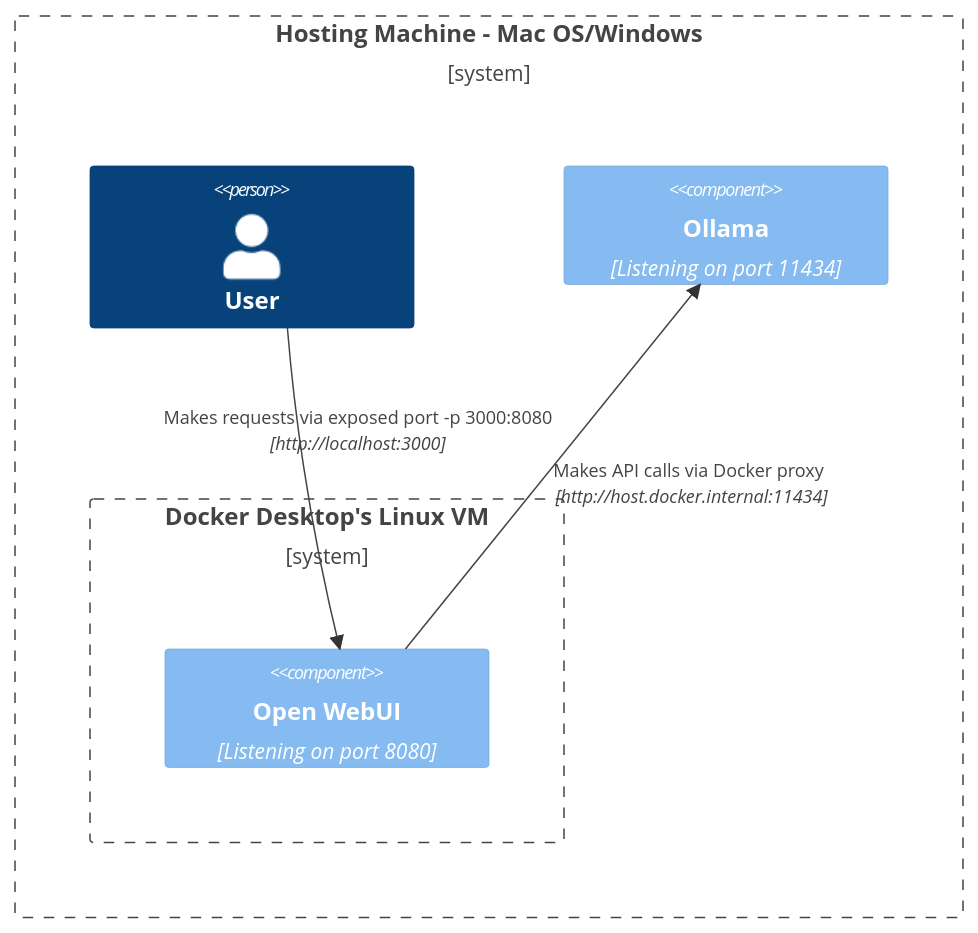
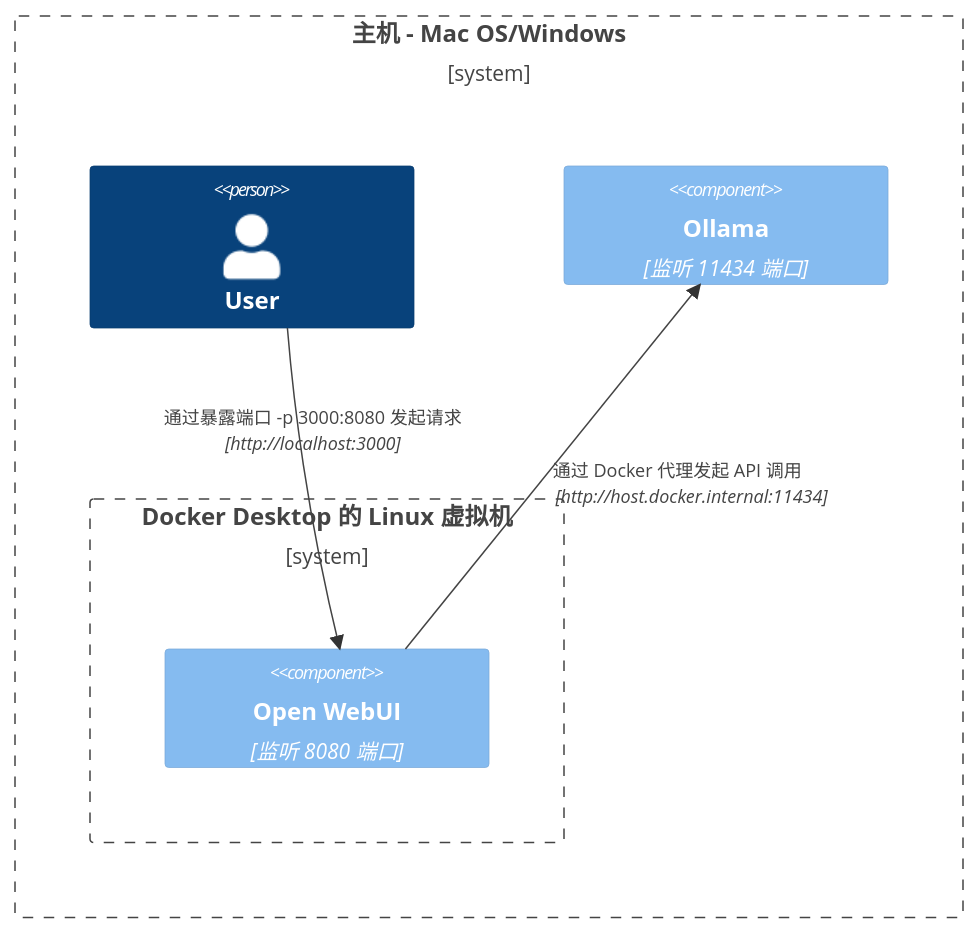
The first of 8 diagrams in docs/reference/network-diagrams.mdx (GamblerIX2/open-webui-docs), drawn with Mermaid before and after one commit. The commit also changed other lines of this file and 175 other files, not shown here.

````diff
--- a/docs/reference/network-diagrams.mdx
+++ b/docs/reference/network-diagrams.mdx
@@ -21,13 +21,13 @@
 ```mermaid
 C4Context
-Boundary(b0, "Hosting Machine - Mac OS/Windows") {
+Boundary(b0, "主机 - Mac OS/Windows") {
    Person(user, "User")
-   Boundary(b1, "Docker Desktop's Linux VM") {
-      Component(openwebui, "Open WebUI", "Listening on port 8080")
+   Boundary(b1, "Docker Desktop 的 Linux 虚拟机") {
+      Component(openwebui, "Open WebUI", "监听 8080 端口")
    }
-   Component(ollama, "Ollama", "Listening on port 11434")
+   Component(ollama, "Ollama", "监听 11434 端口")
 }
-Rel(openwebui, ollama, "Makes API calls via Docker proxy", "http://host.docker.internal:11434")
-Rel(user, openwebui, "Makes requests via exposed port -p 3000:8080", "http://localhost:3000")
+Rel(openwebui, ollama, "通过 Docker 代理发起 API 调用", "http://host.docker.internal:11434")
+Rel(user, openwebui, "通过暴露端口 -p 3000:8080 发起请求", "http://localhost:3000")
 UpdateRelStyle(user, openwebui, $offsetX="-100", $offsetY="-50")
 ```
````
